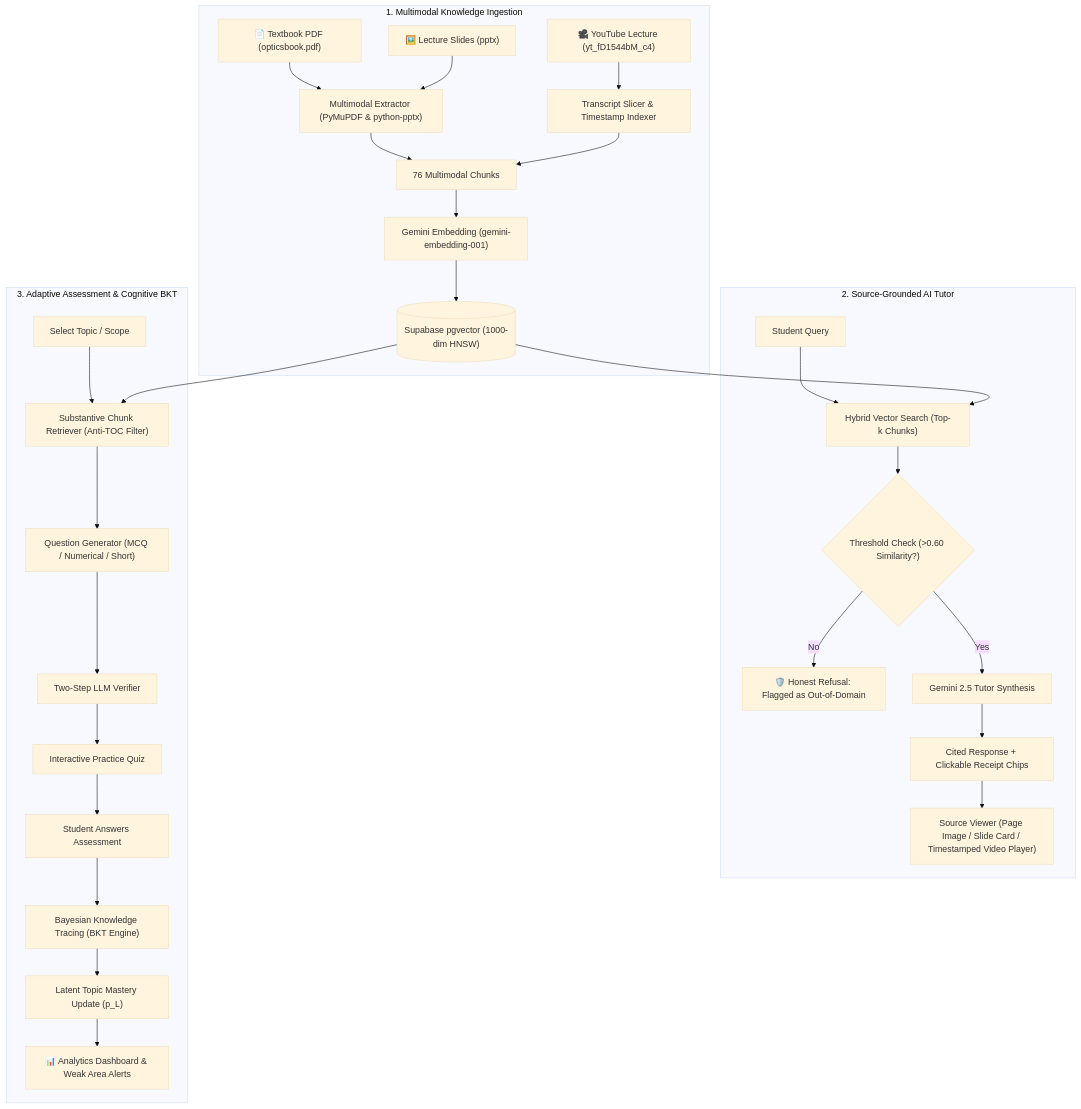
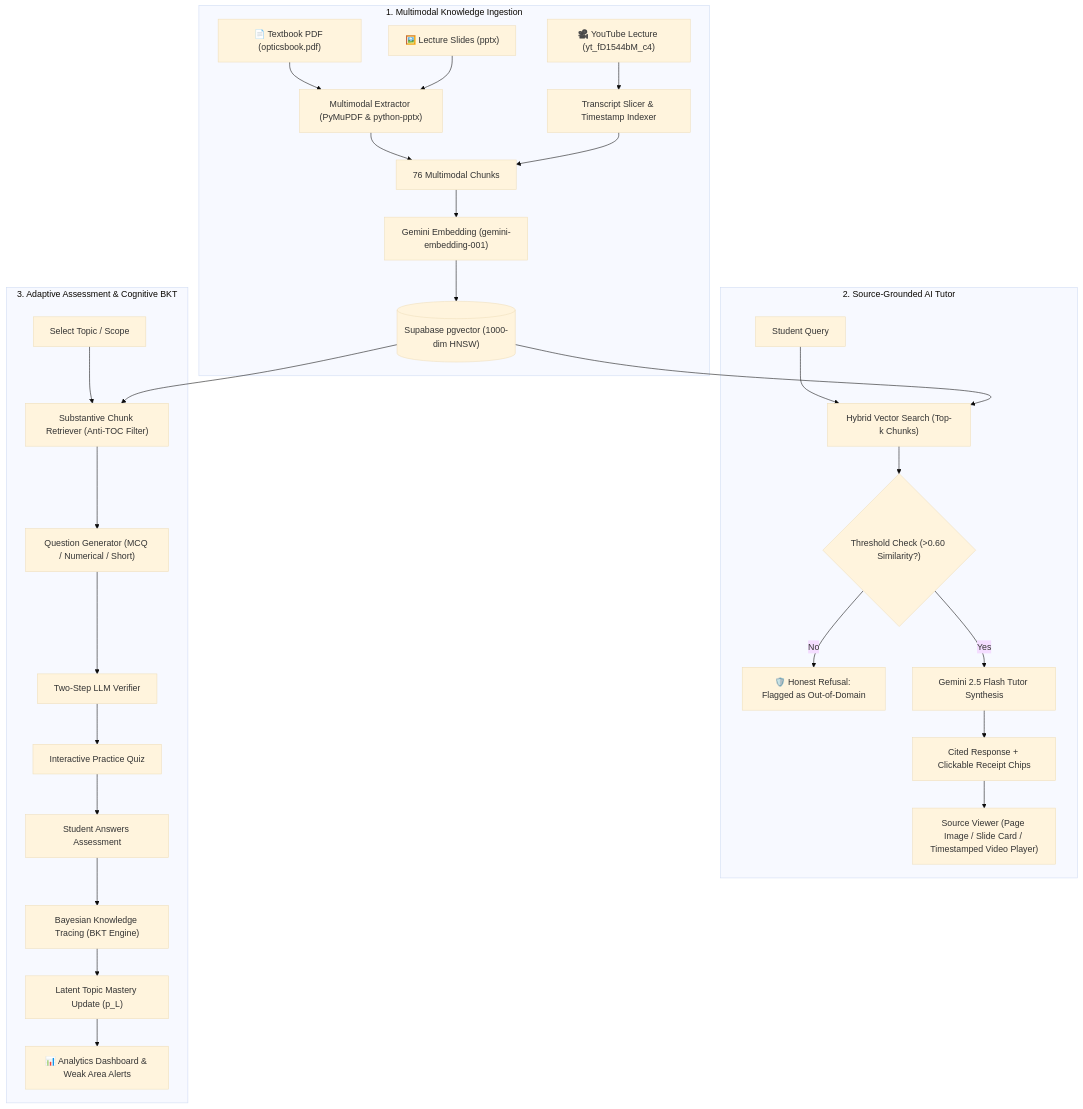
One commit to shagun12mehta-maker/study-companion changed the diagram in README.md. Above: the diagram before and after it, drawn with Mermaid (base theme). The commit also changed other lines of this file and 7 other files, not shown here.

````diff
--- a/README.md
+++ b/README.md
@@ -19,34 +26,34 @@
 ```mermaid
 flowchart TD
     subgraph Ingestion ["1. Multimodal Knowledge Ingestion"]
         PDF["📄 Textbook PDF (opticsbook.pdf)"] --> Extractor["Multimodal Extractor (PyMuPDF & python-pptx)"]
         PPT["🖼️ Lecture Slides (pptx)"] --> Extractor
         YT["🎥 YouTube Lecture (yt_fD1544bM_c4)"] --> YT_Ingest["Transcript Slicer & Timestamp Indexer"]
         Extractor --> Chunks["76 Multimodal Chunks"]
         YT_Ingest --> Chunks
         Chunks --> Embedder["Gemini Embedding (gemini-embedding-001)"]
         Embedder --> VectorStore[("Supabase pgvector (1000-dim HNSW)")]
     end
 
     subgraph Chat ["2. Source-Grounded AI Tutor"]
         UserQ["Student Query"] --> RAGSearch["Hybrid Vector Search (Top-k Chunks)"]
         VectorStore --> RAGSearch
         RAGSearch --> RefusalGate{"Threshold Check (>0.60 Similarity?)"}
         RefusalGate -- No --> Refusal["🛡️ Honest Refusal: Flagged as Out-of-Domain"]
-        RefusalGate -- Yes --> GeminiTutor["Gemini 2.5 Tutor Synthesis"]
+        RefusalGate -- Yes --> GeminiTutor["Gemini 2.5 Flash Tutor Synthesis"]
         GeminiTutor --> CitedAnswer["Cited Response + Clickable Receipt Chips"]
         CitedAnswer --> MediaViewer["Source Viewer (Page Image / Slide Card / Timestamped Video Player)"]
     end
 
     subgraph Assessment ["3. Adaptive Assessment & Cognitive BKT"]
         Scope["Select Topic / Scope"] --> FilterChunks["Substantive Chunk Retriever (Anti-TOC Filter)"]
         VectorStore --> FilterChunks
         FilterChunks --> QGen["Question Generator (MCQ / Numerical / Short)"]
         QGen --> QVer["Two-Step LLM Verifier"]
         QVer --> Quiz["Interactive Practice Quiz"]
         Quiz --> StudentAns["Student Answers Assessment"]
         StudentAns --> BKT["Bayesian Knowledge Tracing (BKT Engine)"]
         BKT --> Mastery["Latent Topic Mastery Update (p_L)"]
         Mastery --> Dash["📊 Analytics Dashboard & Weak Area Alerts"]
     end
 ```
````
